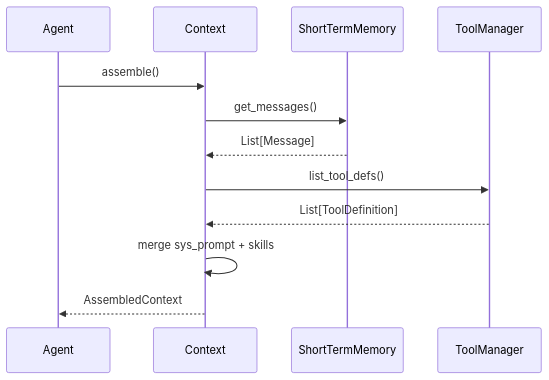
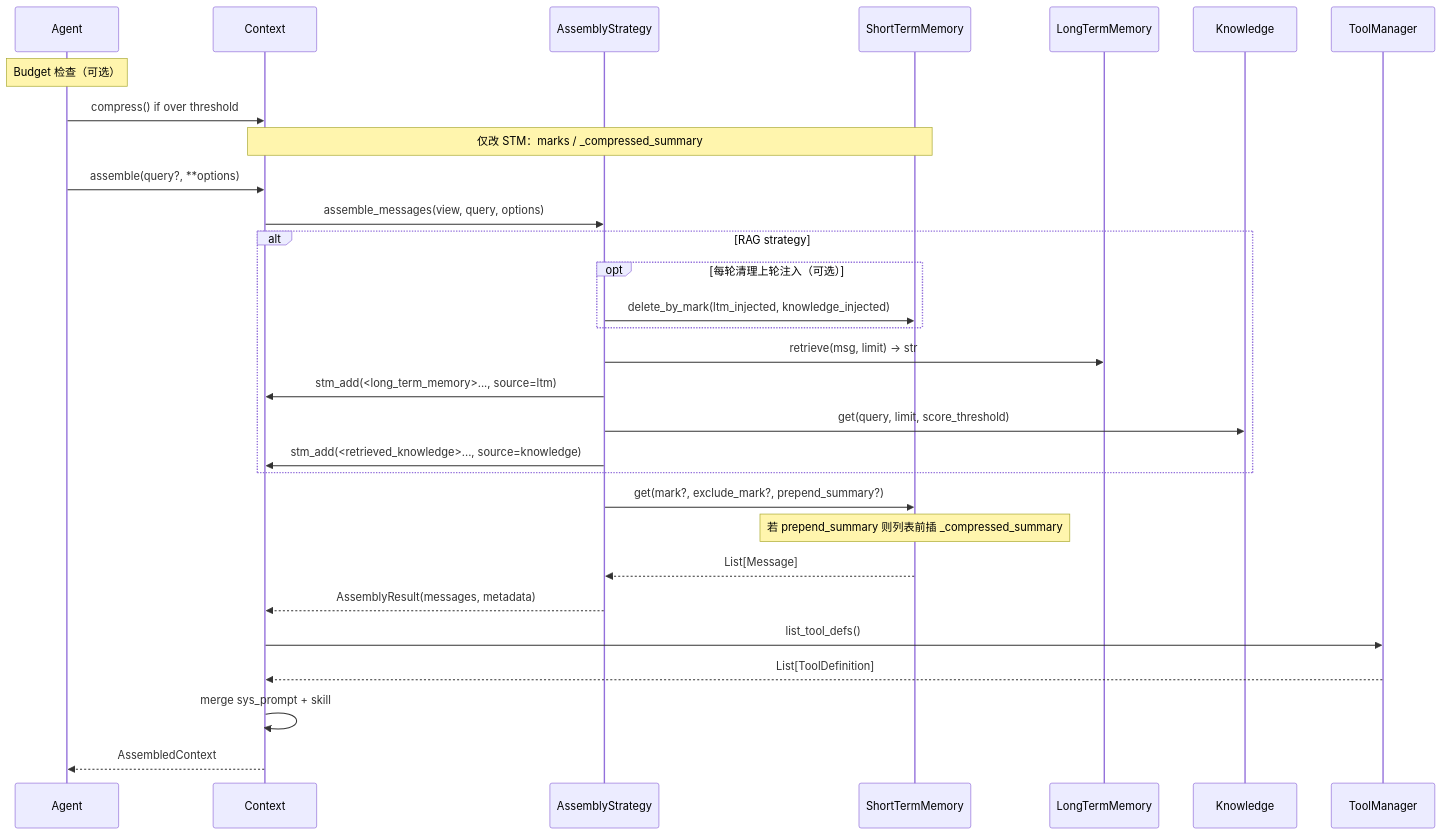
Before and after one commit to clowder-labs/Deterministic-Agent-Runtime-Engine: diagram 15 of 29 in docs/DARE_FRAMEWORK_DESIGN.md, drawn with Mermaid. The commit also changed other lines of this file and 1 other file, not shown here.

````diff
--- a/docs/DARE_FRAMEWORK_DESIGN.md
+++ b/docs/DARE_FRAMEWORK_DESIGN.md
@@ -620,15 +711,35 @@
 ```mermaid
 sequenceDiagram
   participant A as Agent
   participant C as Context
+  participant S as AssemblyStrategy
   participant STM as ShortTermMemory
+  participant LTM as LongTermMemory
+  participant KB as Knowledge
   participant TM as ToolManager
 
-  A->>C: assemble()
-  C->>STM: get_messages()
-  STM-->>C: List[Message]
+  Note over A: Budget 检查（可选）
+  A->>C: compress() if over threshold
+  Note over C,STM: 仅改 STM：marks / _compressed_summary
+  A->>C: assemble(query?, **options)
+  C->>S: assemble_messages(view, query, options)
+
+  alt RAG strategy
+    opt 每轮清理上轮注入（可选）
+      S->>STM: delete_by_mark(ltm_injected, knowledge_injected)
+    end
+    S->>LTM: retrieve(msg, limit) -> str
+    S->>C: stm_add(<long_term_memory>..., source=ltm)
+    S->>KB: get(query, limit, score_threshold)
+    S->>C: stm_add(<retrieved_knowledge>..., source=knowledge)
+  end
+
+  S->>STM: get(mark?, exclude_mark?, prepend_summary?)
+  Note over STM: 若 prepend_summary 则列表前插 _compressed_summary
+  STM-->>S: List[Message]
+  S-->>C: AssemblyResult(messages, metadata)
   C->>TM: list_tool_defs()
   TM-->>C: List[ToolDefinition]
-  C->>C: merge sys_prompt + skills
+  C->>C: merge sys_prompt + skill
   C-->>A: AssembledContext
 ```
````
